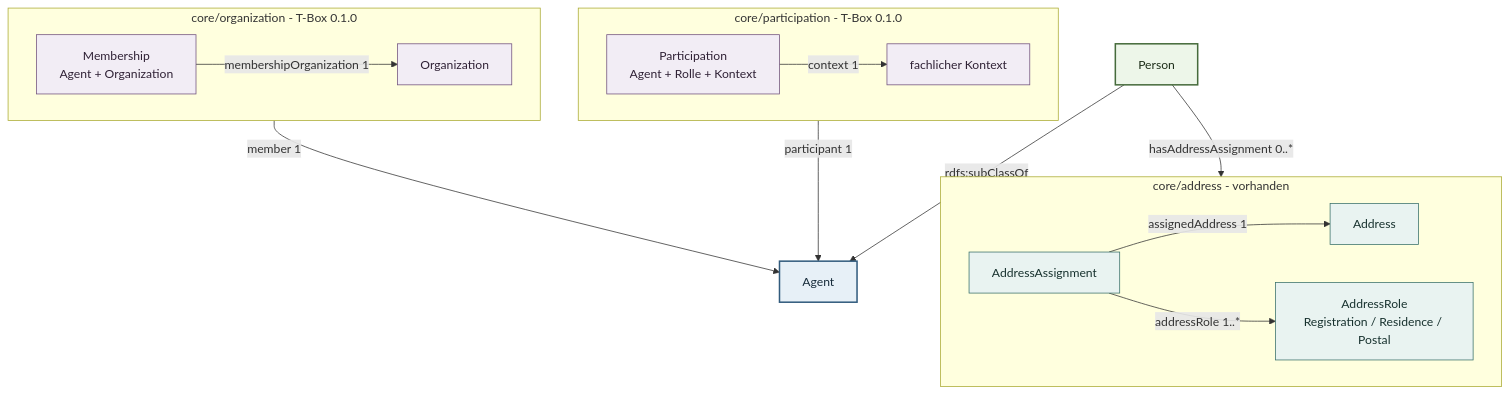
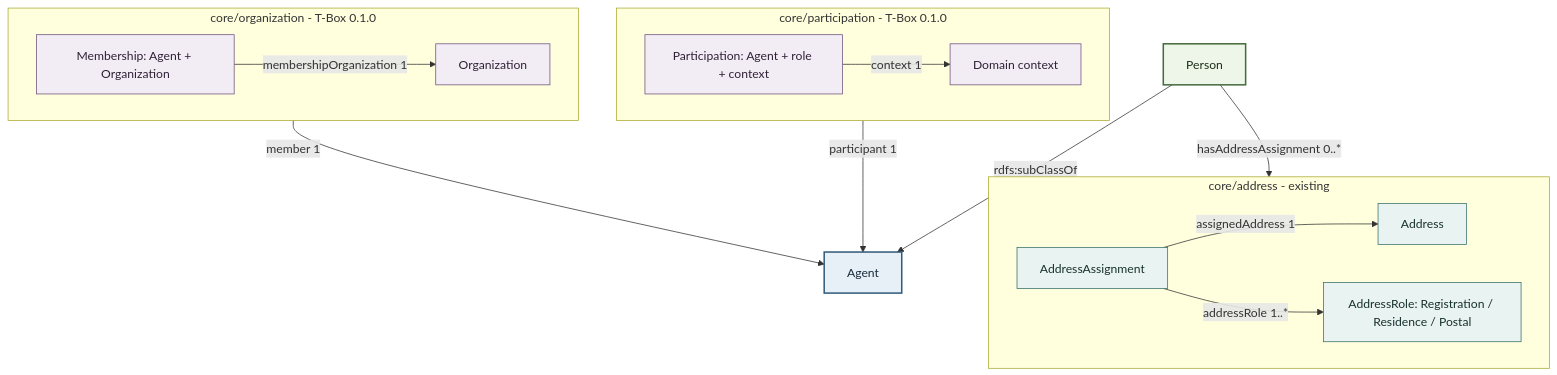
Before and after one commit to project-construct-x/constructx-ontologies: the third of 3 diagrams in modules/core/person/docs/diagrams/person-concept-model.md, drawn with Mermaid. The commit also changed other lines of this file and 230 other files, not shown here.

````diff
--- a/modules/core/person/docs/diagrams/person-concept-model.md
+++ b/modules/core/person/docs/diagrams/person-concept-model.md
@@ -117,47 +117,47 @@
 ```mermaid
 flowchart TB
     Agent["Agent"]
     Person["Person"]
 
     Person -->|"rdfs:subClassOf"| Agent
 
-    subgraph ADDRESS["core/address - vorhanden"]
+    subgraph ADDRESS["core/address - existing"]
         direction LR
         AddressAssignment["AddressAssignment"]
         Address["Address"]
-        AddressRole["AddressRole<br/>Registration / Residence / Postal"]
+        AddressRole["AddressRole: Registration / Residence / Postal"]
 
         AddressAssignment -->|"assignedAddress 1"| Address
         AddressAssignment -->|"addressRole 1..*"| AddressRole
     end
 
     subgraph ORGANIZATION["core/organization - T-Box 0.1.0"]
         direction LR
-        Membership["Membership<br/>Agent + Organization"]
+        Membership["Membership: Agent + Organization"]
         Organization["Organization"]
 
         Membership -->|"membershipOrganization 1"| Organization
     end
 
     subgraph PARTICIPATION["core/participation - T-Box 0.1.0"]
         direction LR
-        Participation["Participation<br/>Agent + Rolle + Kontext"]
-        Context["fachlicher Kontext"]
+        Participation["Participation: Agent + role + context"]
+        Context["Domain context"]
 
         Participation -->|"context 1"| Context
     end
 
     Person -->|"hasAddressAssignment 0..*"| AddressAssignment
     Membership -->|"member 1"| Agent
     Participation -->|"participant 1"| Agent
 
     classDef agent fill:#e7f0f7,stroke:#315b7d,color:#172b3a,stroke-width:2px;
     classDef person fill:#edf6e9,stroke:#466b3c,color:#1d2d19,stroke-width:2px;
     classDef existing fill:#e9f3f1,stroke:#39706a,color:#17312e;
     classDef related fill:#f2edf5,stroke:#70517d,color:#2f2135;
 
     class Agent agent;
     class Person person;
     class AddressAssignment,Address,AddressRole existing;
     class Membership,Organization,Participation,Context related;
 ```
````
